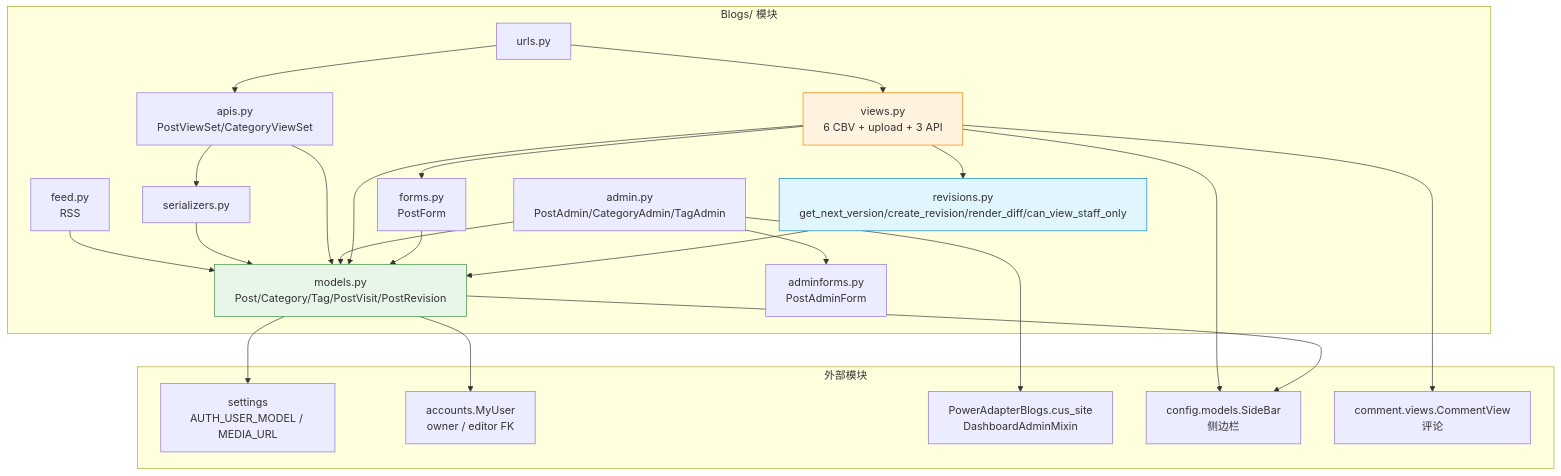
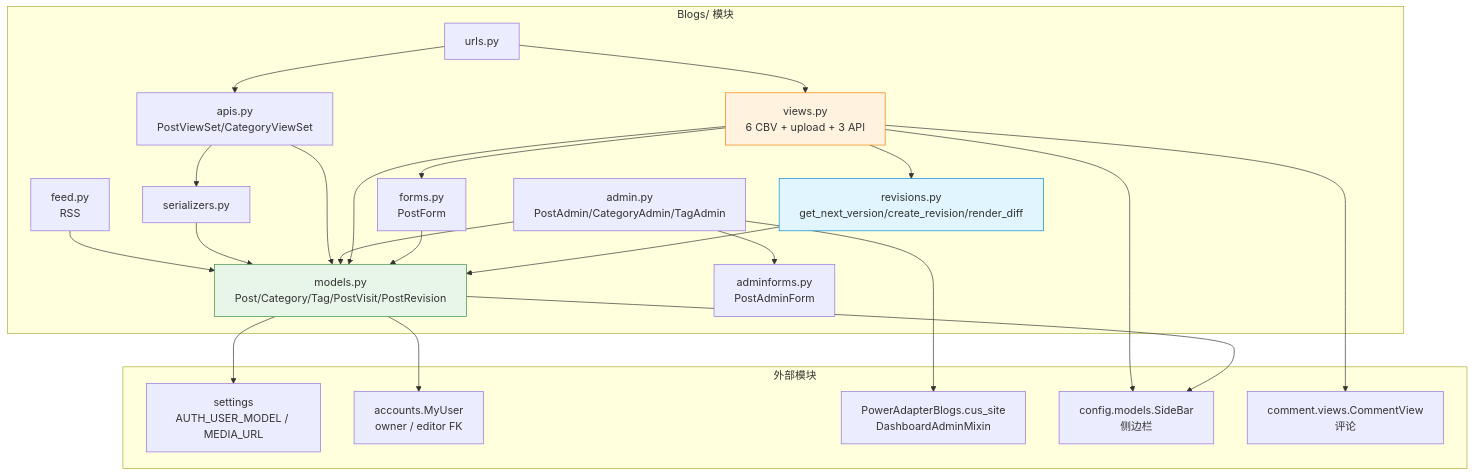
The seventh of 7 diagrams in Blogs/DEVELOPMENT.md (se-veN714/PowerAdapterBlogs), drawn with Mermaid before and after one commit. The commit also changed other lines of this file and 65 other files, not shown here.

````diff
--- a/Blogs/DEVELOPMENT.md
+++ b/Blogs/DEVELOPMENT.md
@@ -519,55 +540,55 @@
 ```mermaid
 flowchart TD
     subgraph external["外部模块"]
         SET["settings<br/>AUTH_USER_MODEL / MEDIA_URL"]
         ACC["accounts.MyUser<br/>owner / editor FK"]
         CUS["PowerAdapterBlogs.cus_site<br/>DashboardAdminMixin"]
         CONF["config.models.SideBar<br/>侧边栏"]
         CMT["comment.views.CommentView<br/>评论"]
     end
 
     subgraph blogs["Blogs/ 模块"]
         MODELS["models.py<br/>Post/Category/Tag/PostVisit/PostRevision"]
-        REV["revisions.py<br/>get_next_version/create_revision/render_diff/can_view_staff_only"]
+        REV["revisions.py<br/>get_next_version/create_revision/render_diff"]
         FORMS["forms.py<br/>PostForm"]
         ADMIN_F["adminforms.py<br/>PostAdminForm"]
         VIEWS["views.py<br/>6 CBV + upload + 3 API"]
         ADMIN["admin.py<br/>PostAdmin/CategoryAdmin/TagAdmin"]
         APIS["apis.py<br/>PostViewSet/CategoryViewSet"]
         SERIAL["serializers.py"]
         URLS["urls.py"]
         FEED["feed.py<br/>RSS"]
     end
 
     MODELS --> ACC
     MODELS --> SET
     MODELS --> CONF
 
     REV --> MODELS
 
     FORMS --> MODELS
 
     VIEWS --> MODELS
     VIEWS --> REV
     VIEWS --> FORMS
     VIEWS --> CONF
     VIEWS --> CMT
 
     ADMIN --> MODELS
     ADMIN --> ADMIN_F
     ADMIN --> CUS
 
     APIS --> MODELS
     APIS --> SERIAL
 
     SERIAL --> MODELS
 
     URLS --> VIEWS
     URLS --> APIS
 
     FEED --> MODELS
 
     style MODELS fill:#e8f5e9,stroke:#388e3c
     style REV fill:#e1f5fe,stroke:#0288d1
     style VIEWS fill:#fff3e0,stroke:#f57c00
 ```
````
